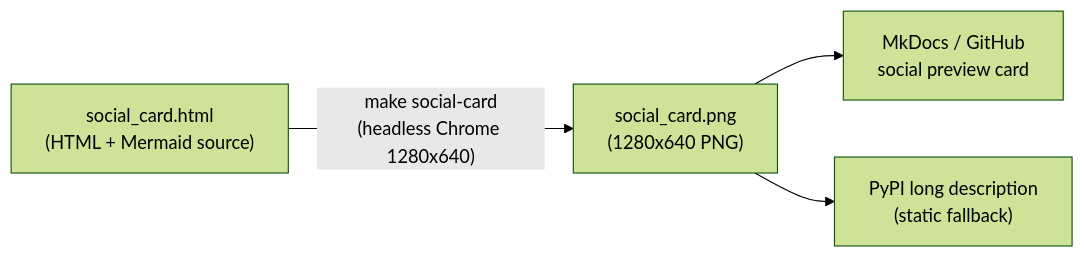
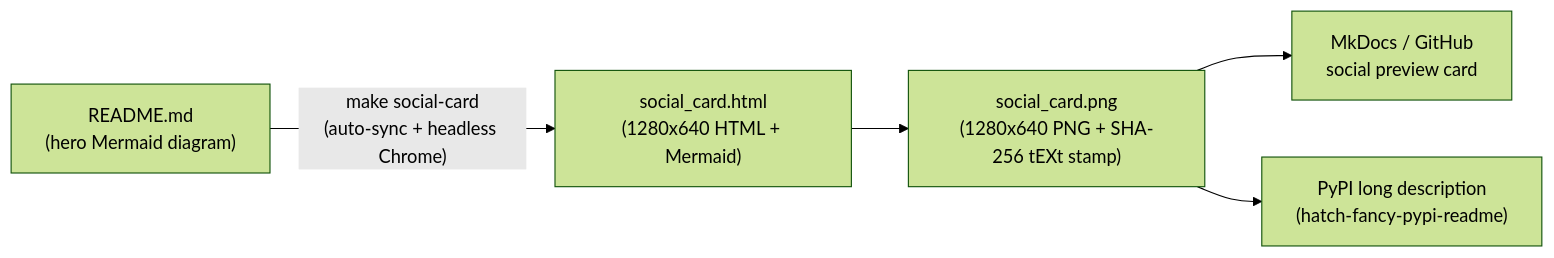
Before and after one commit to statmike/scale-forecasting: the diagram in docs/assets/README.md, drawn with Mermaid (forest theme). The commit also changed other lines of this file and 7 other files, not shown here.

Commit message:
docs: verticalize hero Mermaid columns and harden PyPI social_card.png SHA-256 sync

````diff
--- a/docs/assets/README.md
+++ b/docs/assets/README.md
@@ -5,6 +5,7 @@
 ```mermaid
 flowchart LR
-    HTML["social_card.html<br/>(HTML + Mermaid source)"] -->|"make social-card<br/>(headless Chrome 1280x640)"| PNG["social_card.png<br/>(1280x640 PNG)"]
+    MD["README.md<br/>(hero Mermaid diagram)"] -->|"make social-card<br/>(auto-sync + headless Chrome)"| HTML["social_card.html<br/>(1280x640 HTML + Mermaid)"]
+    HTML --> PNG["social_card.png<br/>(1280x640 PNG + SHA-256 tEXt stamp)"]
     PNG --> OG["MkDocs / GitHub<br/>social preview card"]
-    PNG --> PYPI["PyPI long description<br/>(static fallback)"]
+    PNG --> PYPI["PyPI long description<br/>(hatch-fancy-pypi-readme)"]
 ```
````
